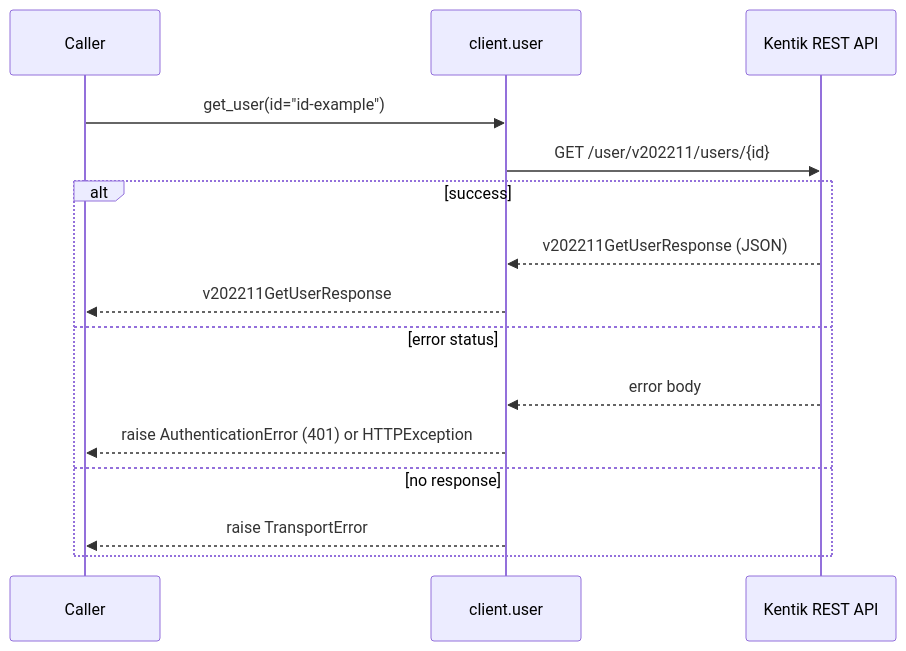
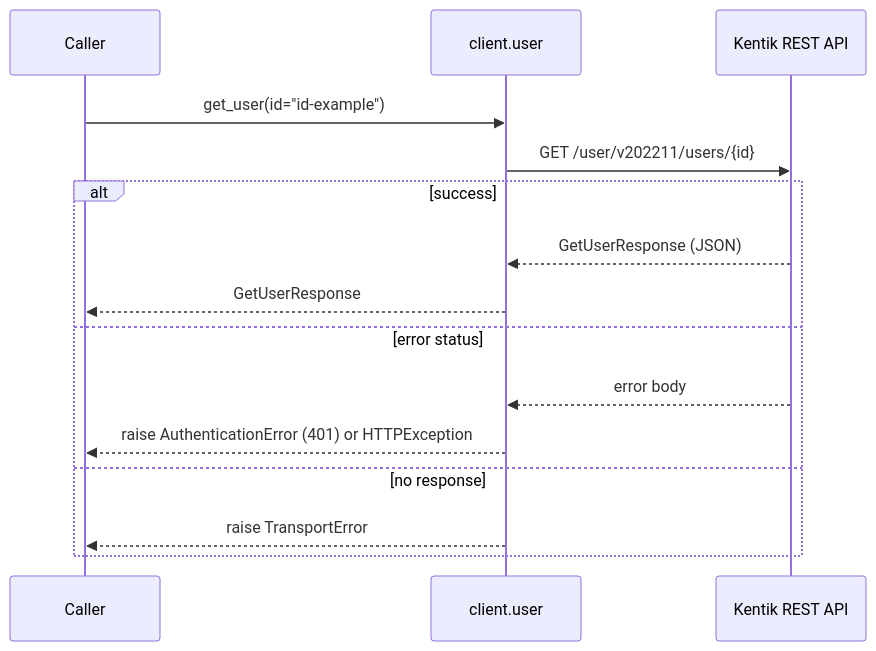
The sixth of 16 diagrams in docs/sphinx/services/user.md (alexdearaujo/community_sdk_python), drawn with Mermaid before and after one commit. The commit also changed other lines of this file and 38 other files, not shown here.

````diff
--- a/docs/sphinx/services/user.md
+++ b/docs/sphinx/services/user.md
@@ -182,18 +182,18 @@
 ```mermaid
 sequenceDiagram
     participant C as Caller
     participant W as client.user
     participant API as Kentik REST API
 
     C->>W: get_user(id="id-example")
     W->>API: GET /user/v202211/users/{id}
     alt success
-        API-->>W: v202211GetUserResponse (JSON)
-        W-->>C: v202211GetUserResponse
+        API-->>W: GetUserResponse (JSON)
+        W-->>C: GetUserResponse
     else error status
         API-->>W: error body
         W-->>C: raise AuthenticationError (401) or HTTPException
     else no response
         W-->>C: raise TransportError
     end
 ```
````
